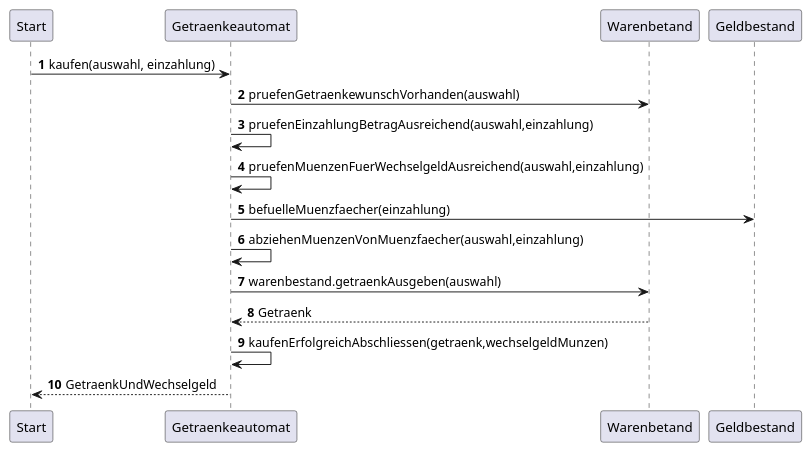
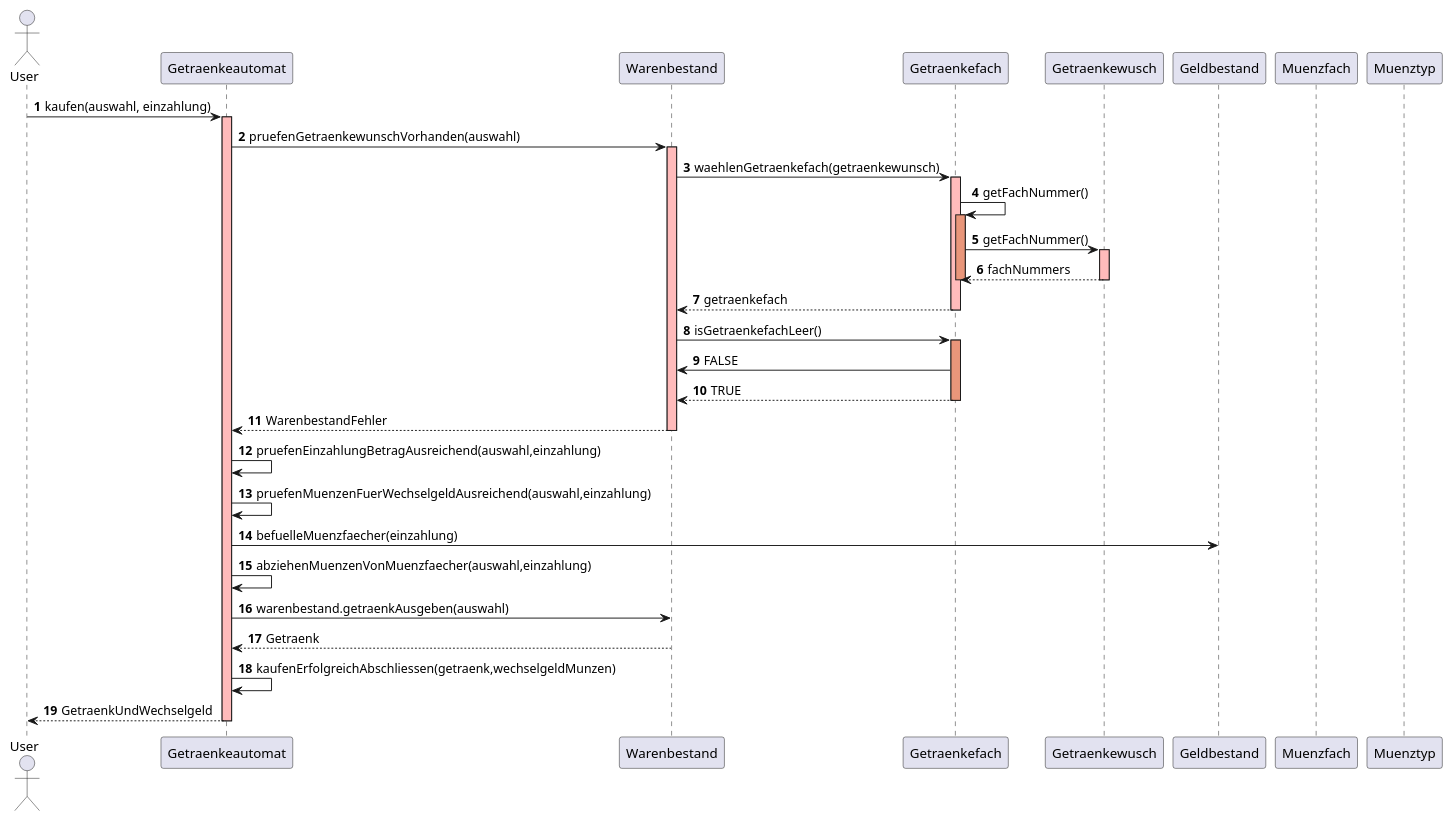
The diagram in uml-Sequenzdiagramm.puml (robertodefreitas/Getraenkeautomat.2022-02-09), drawn with PlantUML before and after one commit.

Commit message:
erste Skizze für das Sequenzdiagramm, SD ist nicht fertig.

```diff
--- a/uml-Sequenzdiagramm.puml
+++ b/uml-Sequenzdiagramm.puml
@@ -1,26 +1,78 @@
 @startuml
 'https://plantuml.com/sequence-diagram
+'nicht fertig, im Bearbeitung
 
 autonumber
 
-Start -> Getraenkeautomat: kaufen(auswahl, einzahlung)
+'=========================
 
-Getraenkeautomat -> Warenbetand :  pruefenGetraenkewunschVorhanden(auswahl)
+actor User
 
-Getraenkeautomat -> Getraenkeautomat : pruefenEinzahlungBetragAusreichend(auswahl,einzahlung)
+participant "Getraenkeautomat" as GA
+'participant "GetraenkUndWechselgeld" as GWG
 
-Getraenkeautomat -> Getraenkeautomat : pruefenMuenzenFuerWechselgeldAusreichend(auswahl,einzahlung)
+participant "Warenbestand" as WB
+participant "Getraenkefach" as GF
+participant "Getraenkewusch" as GW
 
-Getraenkeautomat -> Geldbestand :  befuelleMuenzfaecher(einzahlung)
+participant "Geldbestand" as GB
+participant "Muenzfach" as MF
+participant "Muenztyp" as MT
 
-Getraenkeautomat -> Getraenkeautomat : abziehenMuenzenVonMuenzfaecher(auswahl,einzahlung)
+'=========================
 
-Getraenkeautomat -> Warenbetand :  warenbestand.getraenkAusgeben(auswahl)
+User -> GA: kaufen(auswahl, einzahlung)
+activate GA #FFBBBB
 
-Getraenkeautomat <-- Warenbetand :  Getraenk
+GA -> WB :  pruefenGetraenkewunschVorhanden(auswahl)
+activate WB #FFBBBB
 
-Getraenkeautomat -> Getraenkeautomat: kaufenErfolgreichAbschliessen(getraenk,wechselgeldMunzen)
+WB -> GF :  waehlenGetraenkefach(getraenkewunsch)
+activate GF #FFBBBB
 
-Start <-- Getraenkeautomat: GetraenkUndWechselgeld
+
+GF -> GF :  getFachNummer()
+activate GF #DarkSalmon
+
+GF -> GW :  getFachNummer()
+activate GW #FFBBBB
+return fachNummers
+
+deactivate GF #DarkSalmon
+
+return getraenkefach
+'deactivate GF #FFBBBB
+
+
+WB -> GF :  isGetraenkefachLeer()
+activate GF #DarkSalmon
+
+WB <- GF :  FALSE
+WB <-- GF :  TRUE
+deactivate GF #DarkSalmon
+
+
+'WB <-- GF : WarenbestandFehler
+GA <-- WB : WarenbestandFehler
+deactivate WB #FFBBBB
+
+'=========================
+
+GA -> GA : pruefenEinzahlungBetragAusreichend(auswahl,einzahlung)
+
+GA -> GA : pruefenMuenzenFuerWechselgeldAusreichend(auswahl,einzahlung)
+
+GA -> GB :  befuelleMuenzfaecher(einzahlung)
+
+GA -> GA : abziehenMuenzenVonMuenzfaecher(auswahl,einzahlung)
+
+GA -> WB :  warenbestand.getraenkAusgeben(auswahl)
+
+GA <-- WB :  Getraenk
+
+GA -> GA : kaufenErfolgreichAbschliessen(getraenk,wechselgeldMunzen)
+
+User <-- GA : GetraenkUndWechselgeld
+deactivate GA #FFBBBB
 
 @enduml
```
